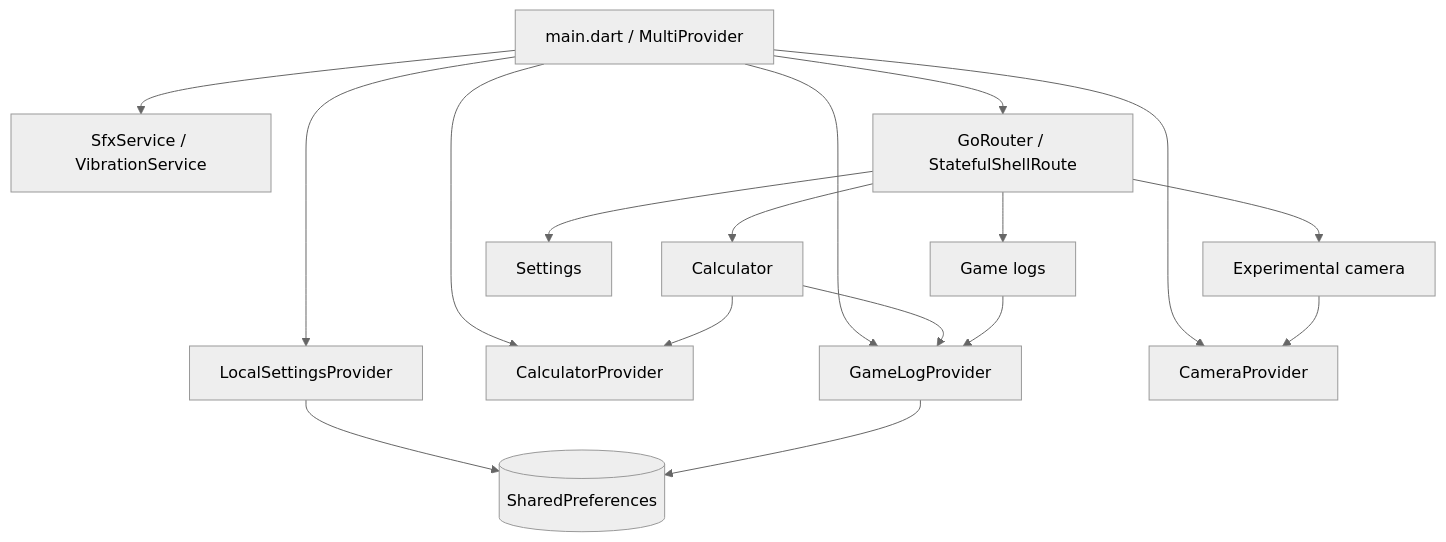
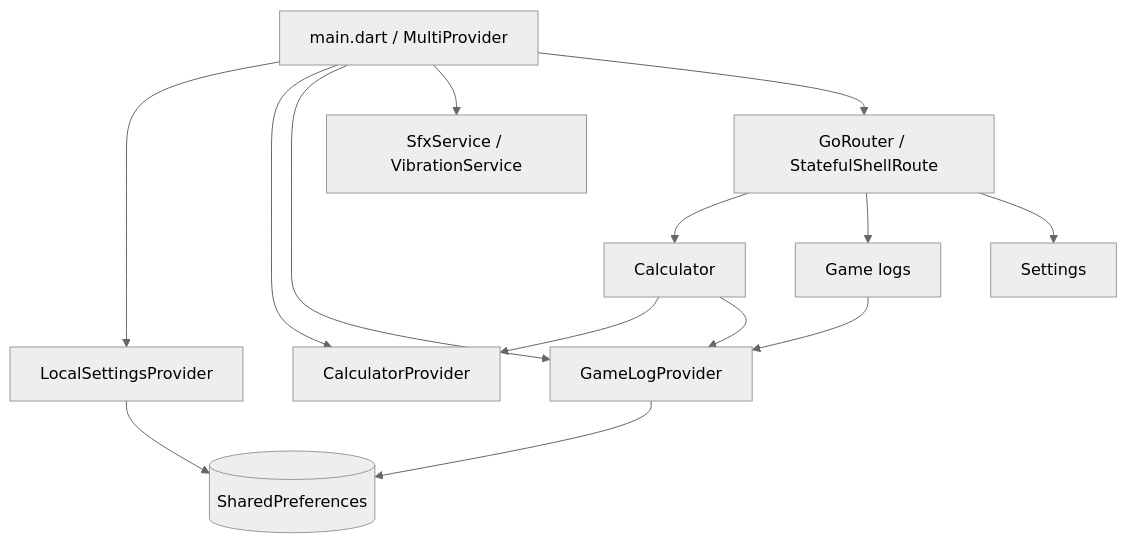
One commit to chrisstayte/DominoesCalculator changed the diagram in README.md. Above: the diagram before and after it, drawn with Mermaid (neutral theme). The commit also changed other lines of this file and 10 other files, not shown here.

First line of the commit message:
Remove the camera from the app until detector licensing is resolved

````diff
--- a/README.md
+++ b/README.md
@@ -121,19 +121,16 @@
 ```mermaid
 flowchart TD
     App[main.dart / MultiProvider] --> Settings[LocalSettingsProvider]
     App --> Calculator[CalculatorProvider]
     App --> Logs[GameLogProvider]
-    App --> Camera[CameraProvider]
     App --> Feedback[SfxService / VibrationService]
     App --> Router[GoRouter / StatefulShellRoute]
     Router --> CalcScreen[Calculator]
     Router --> LogsScreen[Game logs]
     Router --> SettingsScreen[Settings]
-    Router --> CameraScreen[Experimental camera]
     Settings --> Storage[(SharedPreferences)]
     Logs --> Storage
     CalcScreen --> Calculator
     CalcScreen --> Logs
     LogsScreen --> Logs
-    CameraScreen --> Camera
 ```
````
